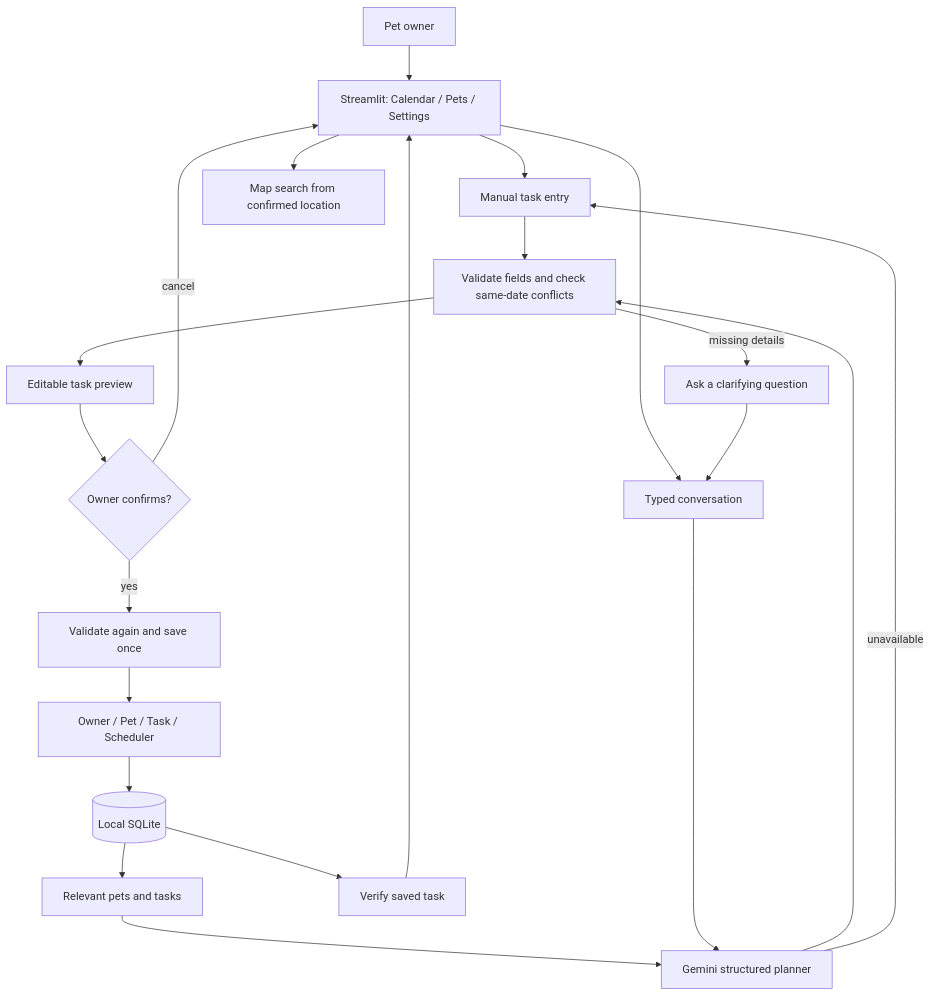
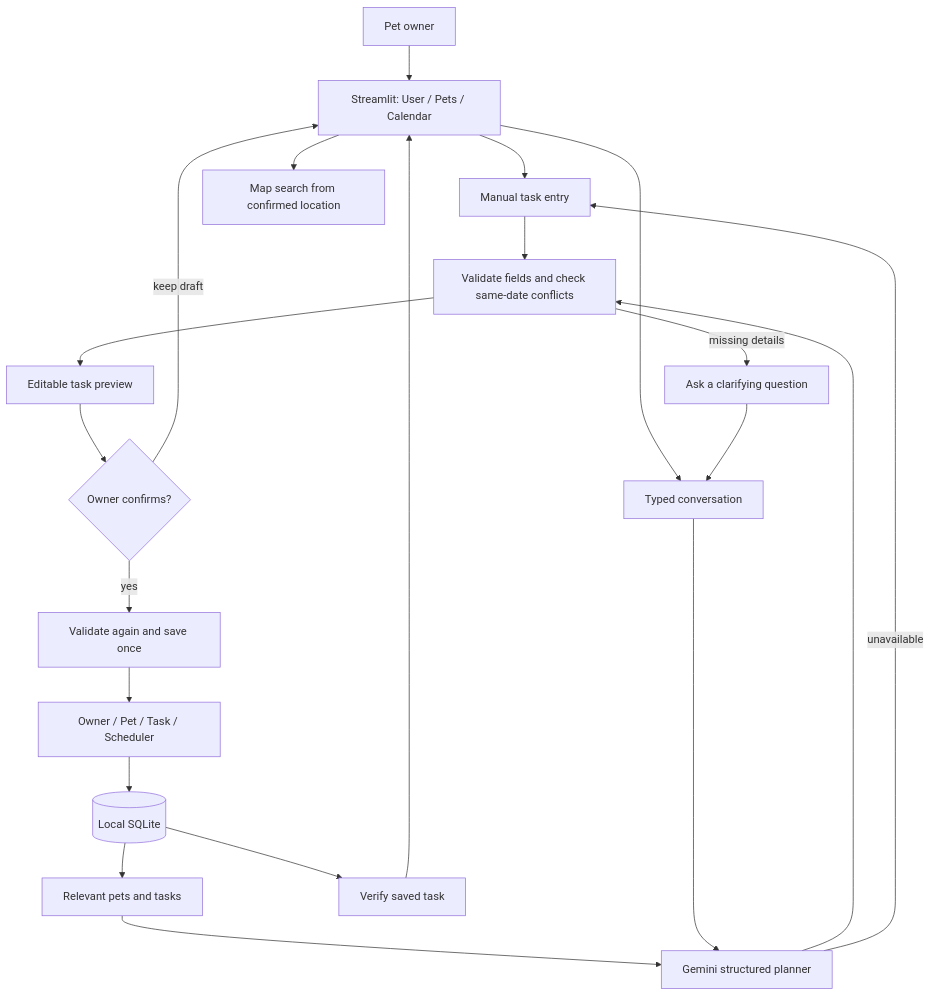
The diagram in diagrams/architecture.mmd (antunishdPursuit/pawpal-ai-planner), drawn with Mermaid before and after one commit. The commit also changed 2 other files, not shown here.

Commit message:
docs(planner): document pet-first flow and verified behavior

```diff
--- a/diagrams/architecture.mmd
+++ b/diagrams/architecture.mmd
@@ -1,21 +1,21 @@
 flowchart TD
-    User[Pet owner] --> UI[Streamlit: Calendar / Pets / Settings]
+    User[Pet owner] --> UI[Streamlit: User / Pets / Calendar]
     UI --> Manual[Manual task entry]
     UI --> Conversation[Typed conversation]
     Store[(Local SQLite)] --> Context[Relevant pets and tasks]
     Context --> Gemini[Gemini structured planner]
     Conversation --> Gemini
     Gemini --> Validator[Validate fields and check same-date conflicts]
     Manual --> Validator
     Validator -->|missing details| Clarify[Ask a clarifying question]
     Clarify --> Conversation
     Validator --> Preview[Editable task preview]
     Preview --> Confirm{Owner confirms?}
-    Confirm -->|cancel| UI
+    Confirm -->|keep draft| UI
     Confirm -->|yes| Service[Validate again and save once]
     Service --> Domain[Owner / Pet / Task / Scheduler]
     Domain --> Store
     Store --> Readback[Verify saved task]
     Readback --> UI
     Gemini -->|unavailable| Manual
     UI --> Maps[Map search from confirmed location]
```
